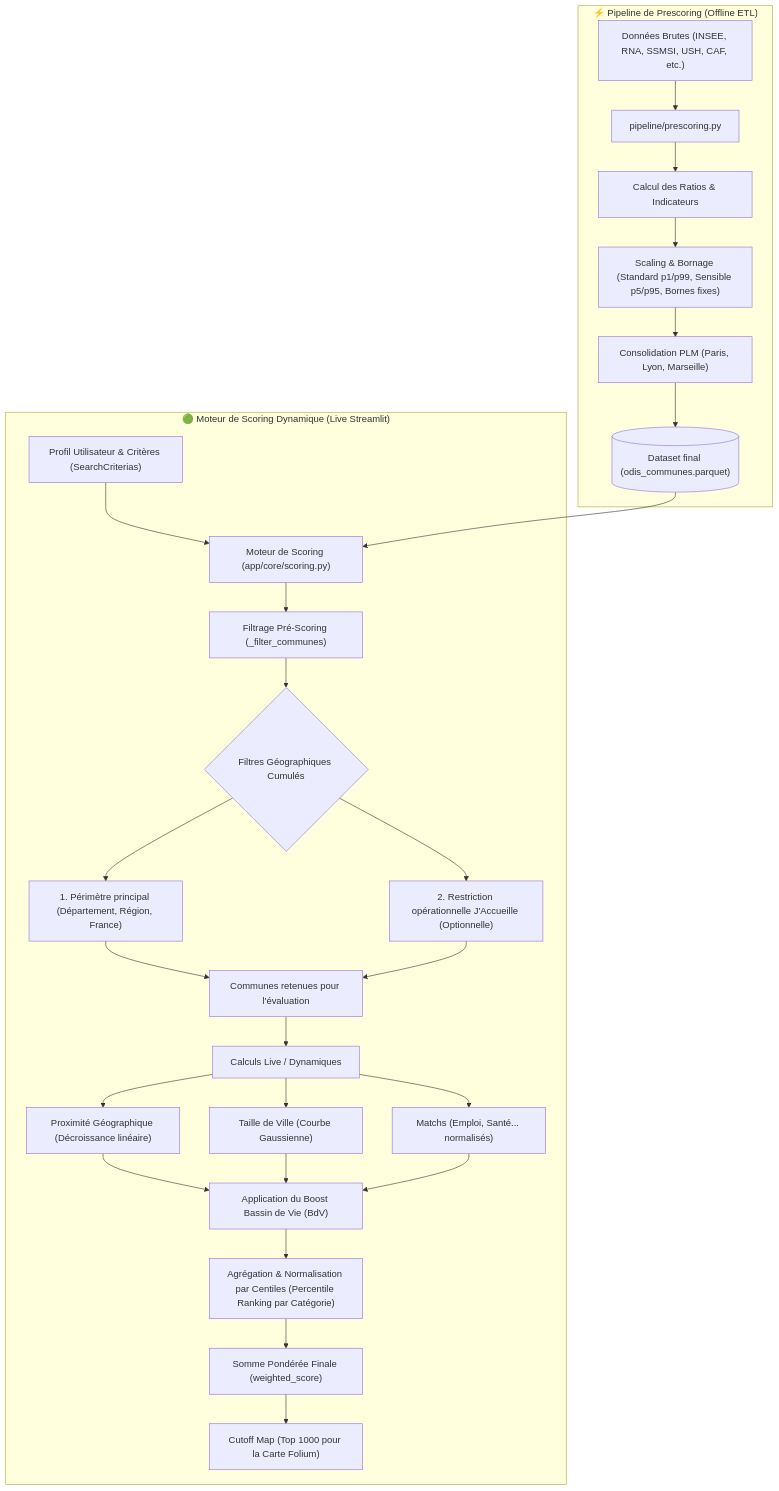
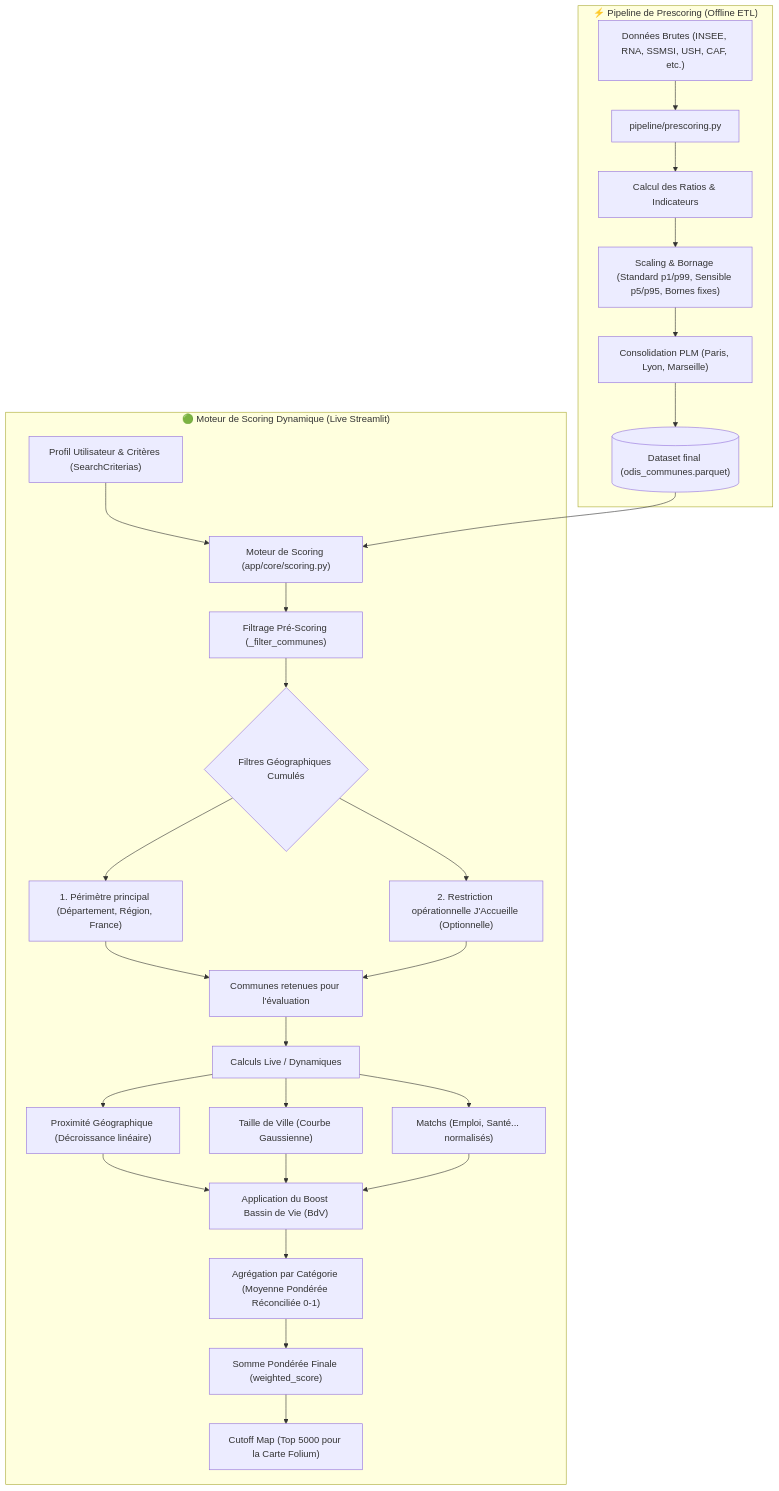
One commit to jbesan/13_odis_stream2 changed the diagram in SCORING.md. Above: the diagram before and after it, drawn with Mermaid. The commit also changed other lines of this file and 58 other files, not shown here.

````diff
--- a/SCORING.md
+++ b/SCORING.md
@@ -15,43 +15,43 @@
 ```mermaid
 graph TD
     %% Offline Pipeline (Pre-scoring)
     subgraph Offline ["⚡ Pipeline de Prescoring (Offline ETL)"]
         A["Données Brutes (INSEE, RNA, SSMSI, USH, CAF, etc.)"] --> B["pipeline/prescoring.py"]
         B --> C["Calcul des Ratios & Indicateurs"]
         C --> D["Scaling & Bornage (Standard p1/p99, Sensible p5/p95, Bornes fixes)"]
         D --> E["Consolidation PLM (Paris, Lyon, Marseille)"]
         E --> F[("Dataset final (odis_communes.parquet)")]
     end
 
     %% Online Engine (Live-scoring)
     subgraph Online ["🟢 Moteur de Scoring Dynamique (Live Streamlit)"]
         G["Profil Utilisateur & Critères (SearchCriterias)"] --> H["Moteur de Scoring (app/core/scoring.py)"]
         F --> H
         
         %% Filtering
         H --> H1["Filtrage Pré-Scoring (_filter_communes)"]
         H1 --> H2{"Filtres Géographiques Cumulés"}
         
         %% Geographic filters
         H2 --> H2a["1. Périmètre principal (Département, Région, France)"]
         H2 --> H2b["2. Restriction opérationnelle J'Accueille (Optionnelle)"]
         
         H2a & H2b --> H3["Communes retenues pour l'évaluation"]
         
         %% Dynamic Calculations
         H3 --> I["Calculs Live / Dynamiques"]
         I --> I3["Matchs (Emploi, Santé... normalisés)"]
         I --> I1["Proximité Géographique (Décroissance linéaire)"]
         I --> I2["Taille de Ville (Courbe Gaussienne)"]
         
         %% BdV Boost
         I1 & I2 & I3 --> J["Application du Boost Bassin de Vie (BdV)"]
         
-        %% Category aggregation & Percentile normalisation
-        J --> K["Agrégation & Normalisation par Centiles (Percentile Ranking par Catégorie)"]
+        %% Category aggregation & global weighted index
+        J --> K["Agrégation par Catégorie (Moyenne Pondérée Réconciliée 0-1)"]
         
         %% Weighted Sum & Map limit
         K --> L["Somme Pondérée Finale (weighted_score)"]
-        L --> M["Cutoff Map (Top 1000 pour la Carte Folium)"]
+        L --> M["Cutoff Map (Top 5000 pour la Carte Folium)"]
     end
 ```
````
